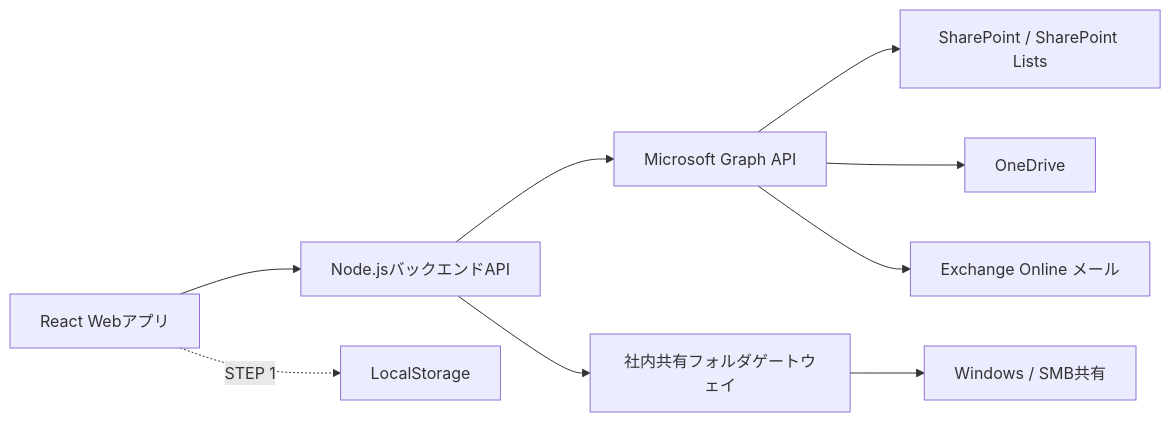
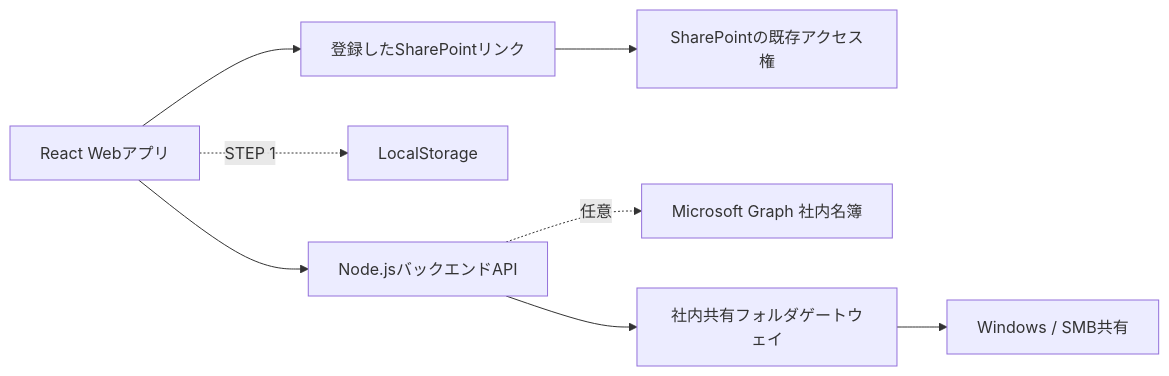
One commit to waragamef-png/approval-circulation-app changed the diagram in README.md. Above: the diagram before and after it, drawn with Mermaid. The commit also changed other lines of this file and 11 other files, not shown here.

````diff
--- a/README.md
+++ b/README.md
@@ -27,11 +27,10 @@
 ```mermaid
 flowchart LR
   Browser["React Webアプリ"] --> API["Node.jsバックエンドAPI"]
   Browser -. "STEP 1" .-> LocalStorage["LocalStorage"]
-  API --> Graph["Microsoft Graph API"]
-  Graph --> SharePoint["SharePoint / SharePoint Lists"]
-  Graph --> OneDrive["OneDrive"]
-  Graph --> Exchange["Exchange Online メール"]
+  Browser --> Link["登録したSharePointリンク"]
+  Link --> SharePoint["SharePointの既存アクセス権"]
+  API -. "任意" .-> Graph["Microsoft Graph 社内名簿"]
   API --> Gateway["社内共有フォルダゲートウェイ"]
   Gateway --> SMB["Windows / SMB共有"]
 ```
````
